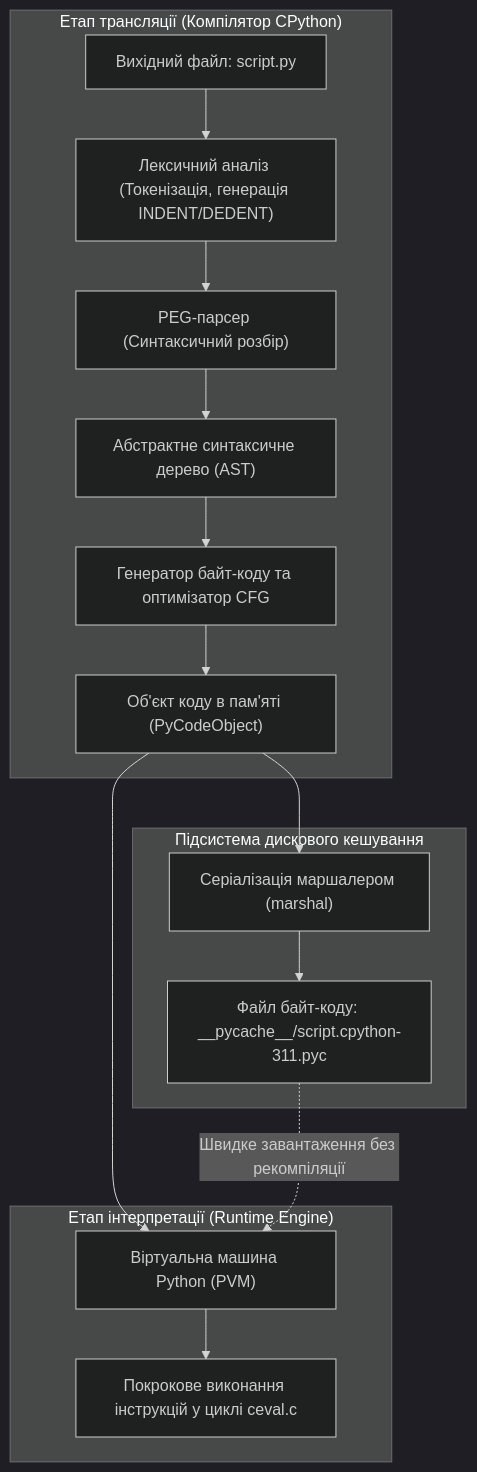
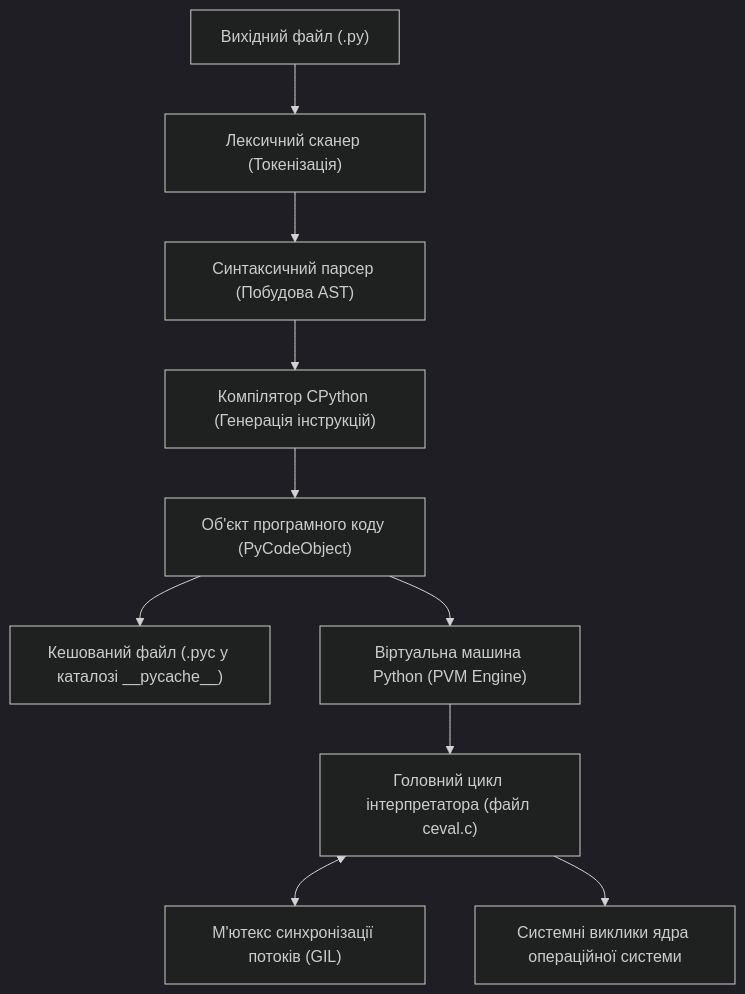
Before and after one commit to KyryloVadurin/python-programming: the first of 5 diagrams in docs/lk/lk1.md, drawn with Mermaid (dark theme). The commit also changed other lines of this file, not shown here.

````diff
--- a/docs/lk/lk1.md
+++ b/docs/lk/lk1.md
@@ -54,21 +43,12 @@
 ```mermaid
 flowchart TD
-    subgraph Frontend["Етап трансляції (Компілятор CPython)"]
-        Source[Вихідний файл: script.py] --> Lexer["Лексичний аналіз (Токенізація, генерація INDENT/DEDENT)"]
-        Lexer --> PEGParser["PEG-парсер (Синтаксичний розбір)"]
-        PEGParser --> AST["Абстрактне синтаксичне дерево (AST)"]
-        AST --> BytecodeGen["Генератор байт-коду та оптимізатор CFG"]
-        BytecodeGen --> PyCode["Об'єкт коду в пам'яті (PyCodeObject)"]
-    end
-
-    subgraph Caching["Підсистема дискового кешування"]
-        PyCode --> PycWriter["Серіалізація маршалером (marshal)"]
-        PycWriter --> PycFile["Файл байт-коду: __pycache__/script.cpython-311.pyc"]
-    end
-
-    subgraph Backend["Етап інтерпретації (Runtime Engine)"]
-        PyCode --> PVM["Віртуальна машина Python (PVM)"]
-        PycFile -.->|"Швидке завантаження без рекомпіляції"| PVM
-        PVM --> Execution["Покрокове виконання інструкцій у циклі ceval.c"]
-    end
+    Source["Вихідний файл (.py)"] --> Lexer["Лексичний сканер (Токенізація)"]
+    Lexer --> Parser["Синтаксичний парсер (Побудова AST)"]
+    Parser --> Compiler["Компілятор CPython (Генерація інструкцій)"]
+    Compiler --> CodeObject["Об'єкт програмного коду (PyCodeObject)"]
+    CodeObject --> PycFile["Кешований файл (.pyc у каталозі __pycache__)"]
+    CodeObject --> PVM["Віртуальна машина Python (PVM Engine)"]
+    PVM --> EvalLoop["Головний цикл інтерпретатора (файл ceval.c)"]
+    EvalLoop <--> GIL["М'ютекс синхронізації потоків (GIL)"]
+    EvalLoop --> OS["Системні виклики ядра операційної системи"]
 ```
````
